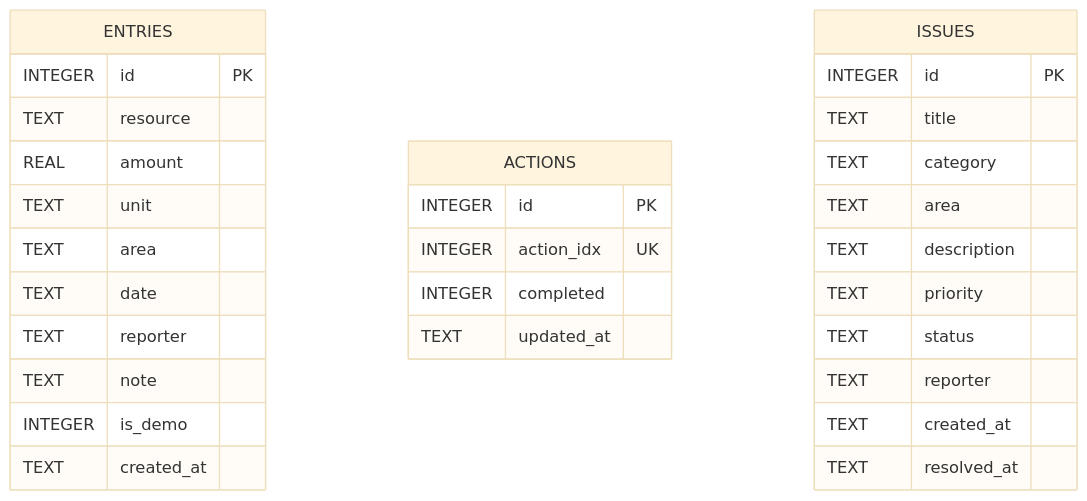
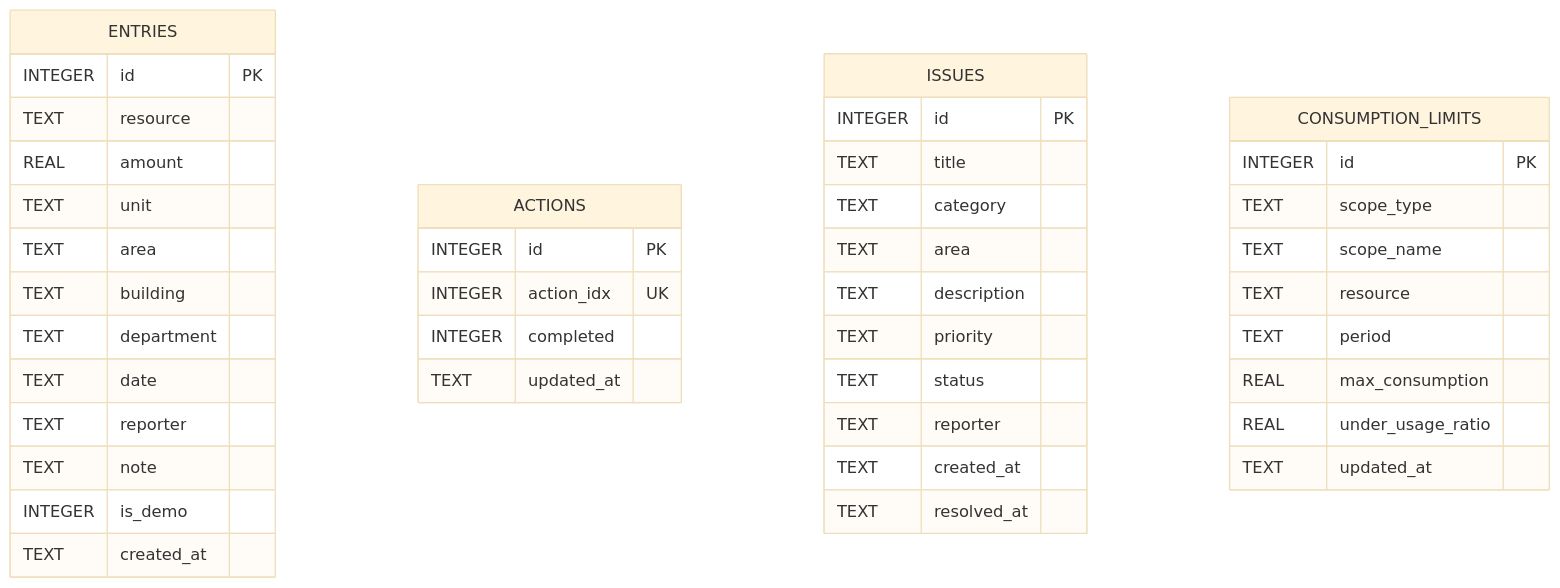
One commit to yashbhawsar2004/kaushal_Alpha_coders8.0 changed the second of 2 diagrams in README.md. Above: the diagram before and after it, drawn with Mermaid (base theme). The commit also changed other lines of this file and 8 other files, not shown here.

````diff
--- a/README.md
+++ b/README.md
@@ -348,35 +380,48 @@
 ```mermaid
 erDiagram
     ENTRIES {
         INTEGER id PK
         TEXT resource
         REAL amount
         TEXT unit
         TEXT area
+        TEXT building
+        TEXT department
         TEXT date
         TEXT reporter
         TEXT note
         INTEGER is_demo
         TEXT created_at
     }
 
     ACTIONS {
         INTEGER id PK
         INTEGER action_idx UK
         INTEGER completed
         TEXT updated_at
     }
 
     ISSUES {
         INTEGER id PK
         TEXT title
         TEXT category
         TEXT area
         TEXT description
         TEXT priority
         TEXT status
         TEXT reporter
         TEXT created_at
         TEXT resolved_at
     }
+
+    CONSUMPTION_LIMITS {
+        INTEGER id PK
+        TEXT scope_type
+        TEXT scope_name
+        TEXT resource
+        TEXT period
+        REAL max_consumption
+        REAL under_usage_ratio
+        TEXT updated_at
+    }
 ```
````
